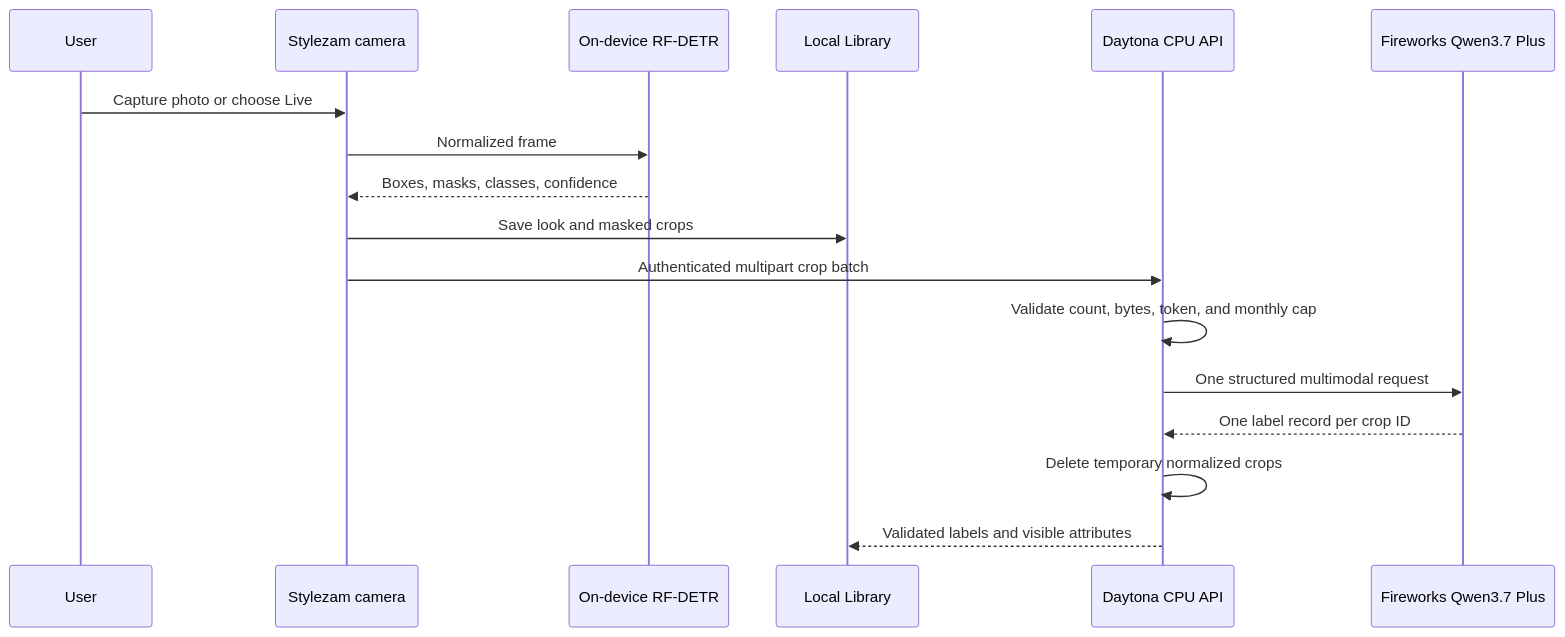
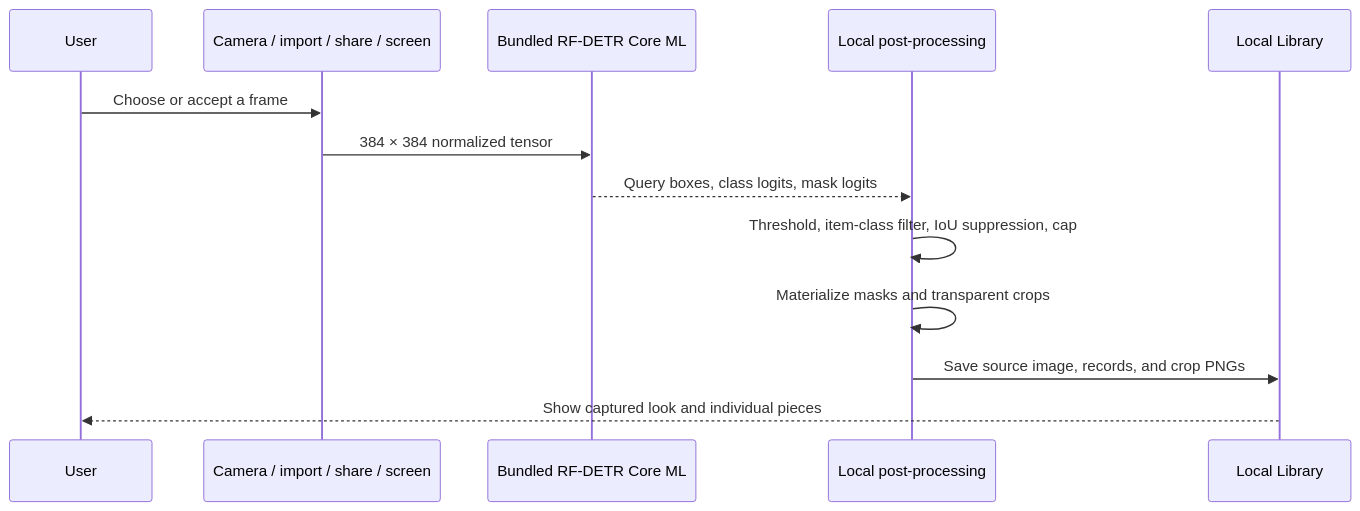
Before and after one commit to meowshmalloww/Stylezam: the diagram in docs/ARCHITECTURE.md, drawn with Mermaid. The commit also changed other lines of this file and 90 other files, not shown here.

````diff
--- a/docs/ARCHITECTURE.md
+++ b/docs/ARCHITECTURE.md
@@ -9,20 +9,16 @@
 ```mermaid
 sequenceDiagram
     participant User
-    participant Camera as Stylezam camera
-    participant CoreML as On-device RF-DETR
+    participant Input as Camera / import / share / screen
+    participant CoreML as Bundled RF-DETR Core ML
+    participant Post as Local post-processing
     participant Library as Local Library
-    participant API as Daytona CPU API
-    participant Fireworks as Fireworks Qwen3.7 Plus
 
-    User->>Camera: Capture photo or choose Live
-    Camera->>CoreML: Normalized frame
-    CoreML-->>Camera: Boxes, masks, classes, confidence
-    Camera->>Library: Save look and masked crops
-    Camera->>API: Authenticated multipart crop batch
-    API->>API: Validate count, bytes, token, and monthly cap
-    API->>Fireworks: One structured multimodal request
-    Fireworks-->>API: One label record per crop ID
-    API->>API: Delete temporary normalized crops
-    API-->>Library: Validated labels and visible attributes
+    User->>Input: Choose or accept a frame
+    Input->>CoreML: 384 × 384 normalized tensor
+    CoreML-->>Post: Query boxes, class logits, mask logits
+    Post->>Post: Threshold, item-class filter, IoU suppression, cap
+    Post->>Post: Materialize masks and transparent crops
+    Post->>Library: Save source image, records, and crop PNGs
+    Library-->>User: Show captured look and individual pieces
 ```
````
